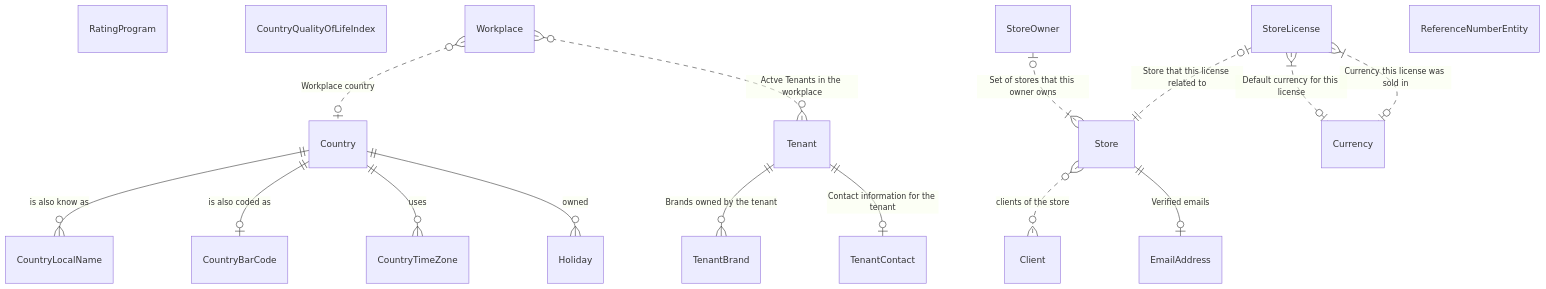
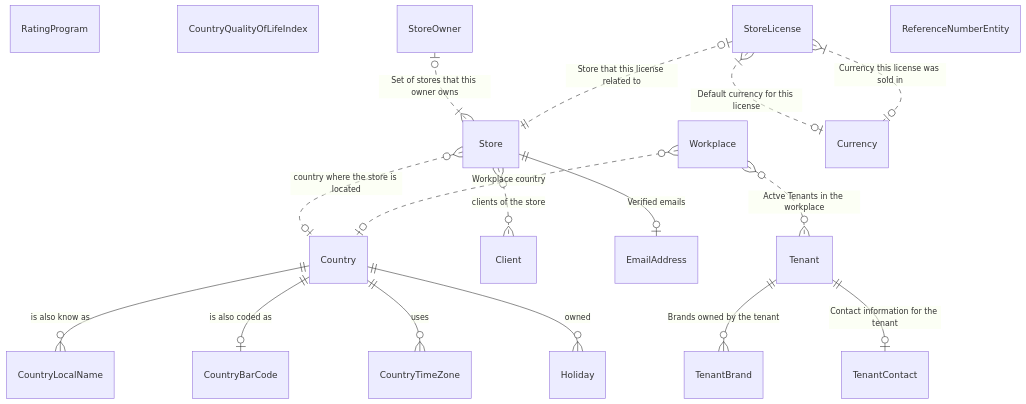
Before and after one commit to NoxOrg/Nox: the diagram in tests/Nox.ClientApi.Tests/.nox/docs/README.md, drawn with Mermaid. The commit also changed other lines of this file and 25 other files, not shown here.

````diff
--- a/tests/Nox.ClientApi.Tests/.nox/docs/README.md
+++ b/tests/Nox.ClientApi.Tests/.nox/docs/README.md
@@ -11,54 +11,55 @@
 ``` mermaid
 erDiagram
     Country {
     }
     Country||--o{CountryLocalName : "is also know as"
     Country||--o|CountryBarCode : "is also coded as"
     Country||--o{CountryTimeZone : "uses"
     Country||--o{Holiday : "owned"
     CountryLocalName {
     }
     CountryBarCode {
     }
     RatingProgram {
     }
     CountryQualityOfLifeIndex {
     }
     Store {
     }
+    Store}o..o|Country : "country where the store is located"
     Store}o..o{Client : "clients of the store"
     Store||--o|EmailAddress : "Verified emails"
     Workplace {
     }
     Workplace}o..o|Country : "Workplace country"
     Workplace}o..o{Tenant : "Actve Tenants in the workplace"
     StoreOwner {
     }
     StoreOwner|o..|{Store : "Set of stores that this owner owns"
     StoreLicense {
     }
     StoreLicense|o..||Store : "Store that this license related to"
     StoreLicense}|..o|Currency : "Default currency for this license"
     StoreLicense}|..o|Currency : "Currency this license was sold in"
     Currency {
     }
     Tenant {
     }
     Tenant||--o{TenantBrand : "Brands owned by the tenant"
     Tenant||--o|TenantContact : "Contact information for the tenant"
     TenantBrand {
     }
     TenantContact {
     }
     CountryTimeZone {
     }
     Client {
     }
     Holiday {
     }
     ReferenceNumberEntity {
     }
     EmailAddress {
     }
 
 ```
````
